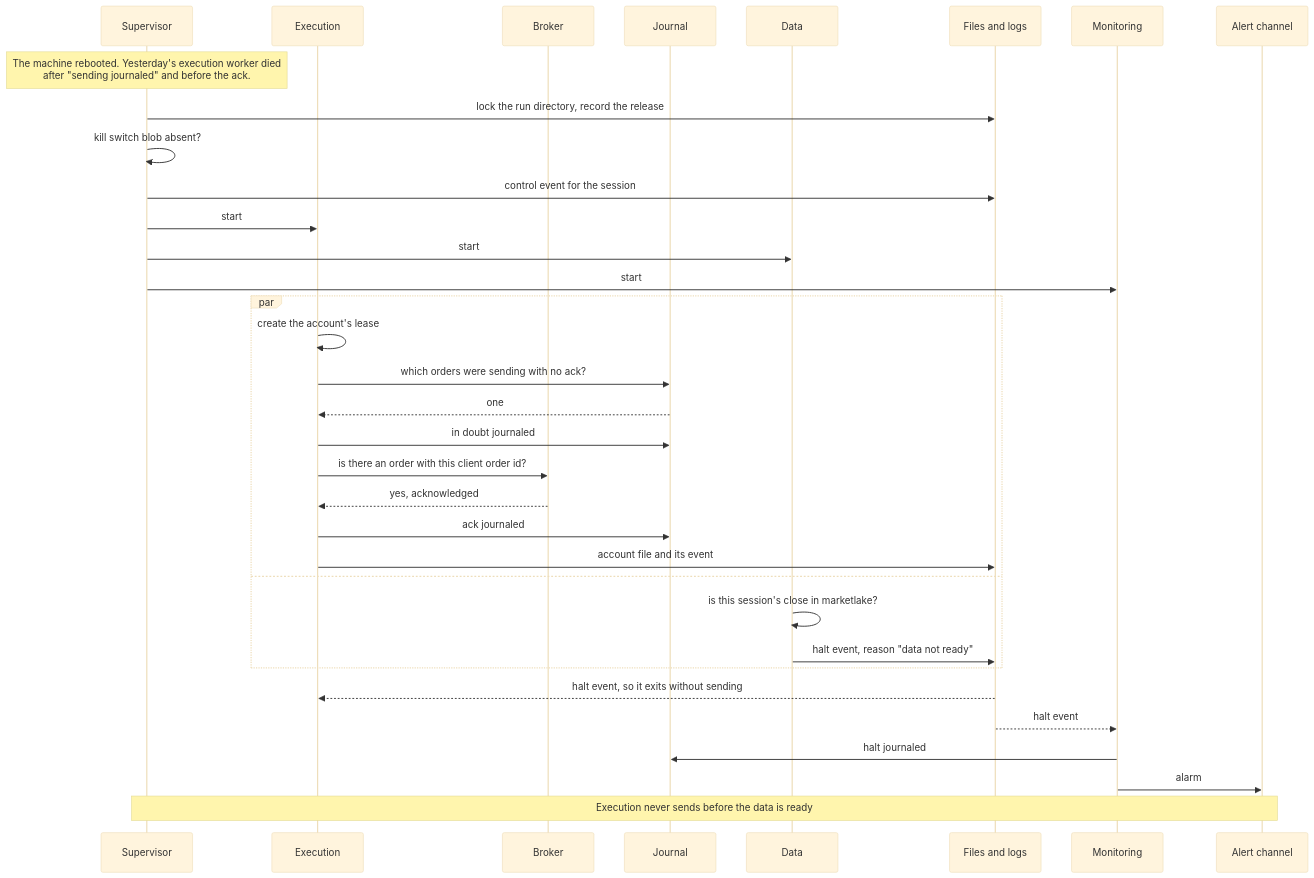
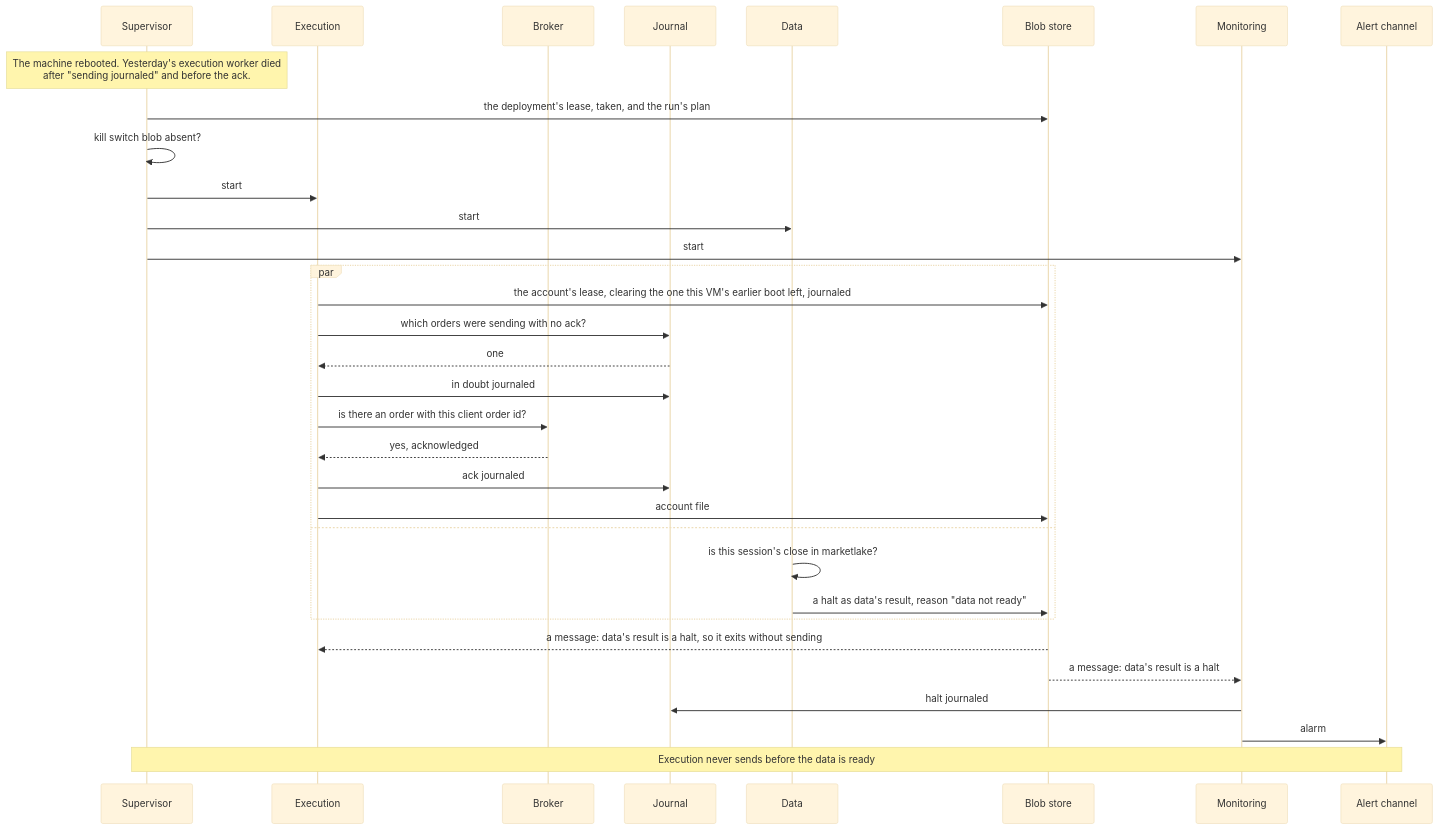
The sixth of 16 diagrams in docs/architecture.md (l3a0/ithildin-runtime), drawn with Mermaid (base theme) before and after one commit. The commit also changed other lines of this file and 1 other file, not shown here.

````diff
--- a/docs/architecture.md
+++ b/docs/architecture.md
@@ -638,37 +633,36 @@
 ```mermaid
 sequenceDiagram
     participant V as Supervisor
     participant X as Execution
     participant B as Broker
     participant J as Journal
     participant D as Data
-    participant F as Files and logs
+    participant F as Blob store
     participant M as Monitoring
     participant L as Alert channel
 
     Note over V: The machine rebooted. Yesterday's execution worker died<br/>after "sending journaled" and before the ack.
-    V->>F: lock the run directory, record the release
+    V->>F: the deployment's lease, taken, and the run's plan
     V->>V: kill switch blob absent?
-    V->>F: control event for the session
     V->>X: start
     V->>D: start
     V->>M: start
     par
-        X->>X: create the account's lease
+        X->>F: the account's lease, clearing the one this VM's earlier boot left, journaled
         X->>J: which orders were sending with no ack?
         J-->>X: one
         X->>J: in doubt journaled
         X->>B: is there an order with this client order id?
         B-->>X: yes, acknowledged
         X->>J: ack journaled
-        X->>F: account file and its event
+        X->>F: account file
     and
         D->>D: is this session's close in marketlake?
-        D->>F: halt event, reason "data not ready"
+        D->>F: a halt as data's result, reason "data not ready"
     end
-    F-->>X: halt event, so it exits without sending
-    F-->>M: halt event
+    F-->>X: a message: data's result is a halt, so it exits without sending
+    F-->>M: a message: data's result is a halt
     M->>J: halt journaled
     M->>L: alarm
     Note over V,L: Execution never sends before the data is ready
 ```
````
